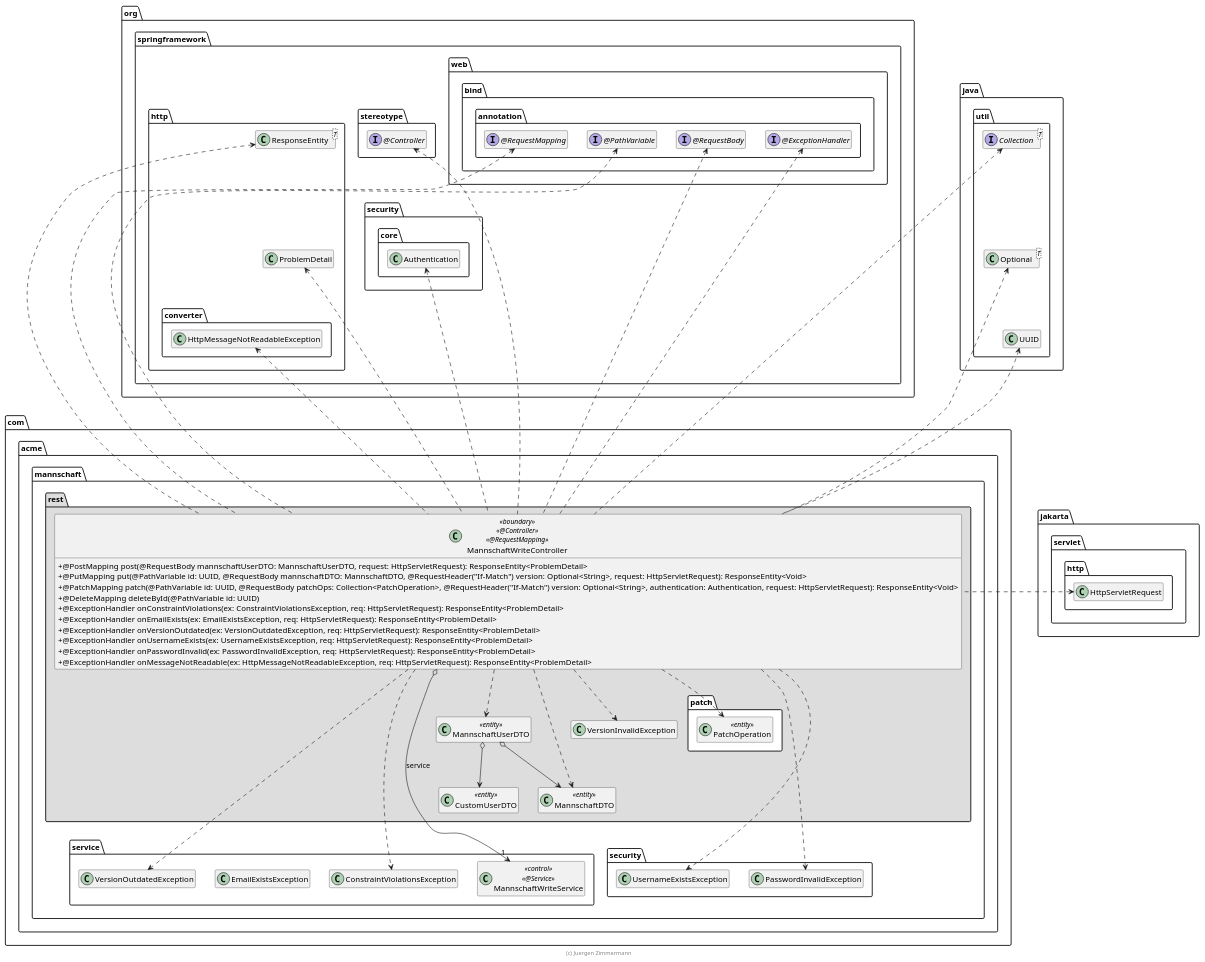
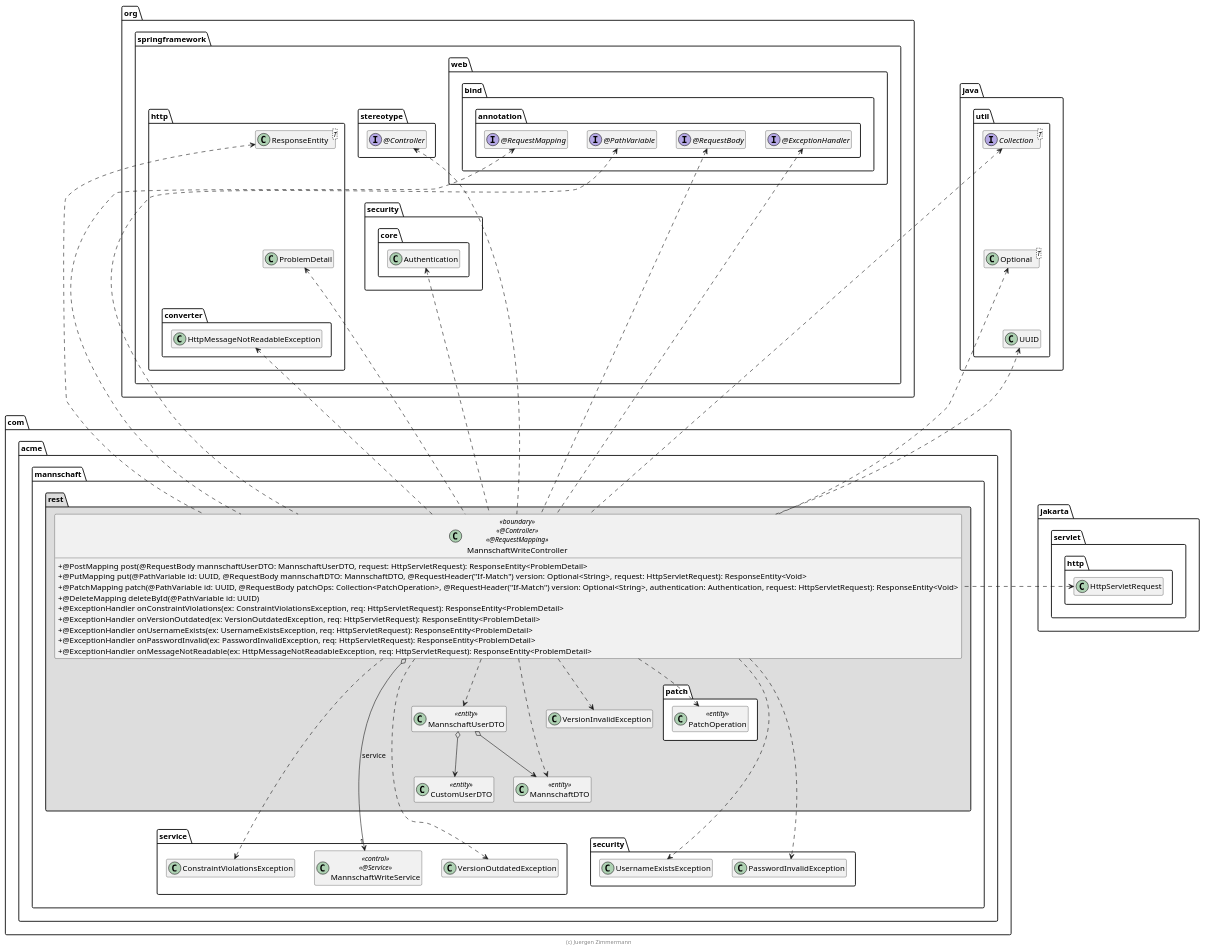
The diagram in extras/doc/MannschaftWriteController.plantuml (Snonons/mannschaftv2.1), drawn with PlantUML before and after one commit. The commit also changed other lines of this file and 51 other files, not shown here.

```diff
--- a/extras/doc/MannschaftWriteController.plantuml
+++ b/extras/doc/MannschaftWriteController.plantuml
@@ -15,129 +1,127 @@
 @startuml MannschaftHandler
 
 skinparam classAttributeIconSize 0
 
 package jakarta.servlet.http {
     class HttpServletRequest
 }
 
 package org.springframework {
     package stereotype {
         interface "@Controller" as Controller
     }
 
     package web.bind.annotation {
         interface "@RequestMapping" as RequestMapping
         interface "@PathVariable" as PathVariable
         interface "@RequestBody" as RequestBody
         interface "@ExceptionHandler" as ExceptionHandler
 
         RequestBody .left[hidden].> Controller
         ExceptionHandler .left[hidden].> Controller
     }
 
     package http {
         class ResponseEntity<T>
         class ProblemDetail
 
         package converter {
             class HttpMessageNotReadableException
         }
 
         ResponseEntity .[hidden].> ProblemDetail
         ResponseEntity .left[hidden].> Controller
         ProblemDetail .[hidden].> HttpMessageNotReadableException
     }
 
     package security.core {
         class Authentication
 
         ProblemDetail .right[hidden].> Authentication
     }
 }
 
 package java.util {
     interface Collection<T>
     class UUID
     class Optional<T>
 
     Collection .[hidden].> Optional
     Optional .[hidden].> UUID
     HttpServletRequest .up[hidden].> UUID
 }
 
 package com.acme.mannschaft {
     package service {
         class MannschaftWriteService << control >> << @Service >>
 
         class ConstraintViolationsException
-        class EmailExistsException
         class VersionOutdatedException
     }
 
     package security {
         class UsernameExistsException
         class PasswordInvalidException
     }
 
     package rest #DDDDDD {
         package patch #FFFFFF {
             class PatchOperation <<entity>>
         }
 
         class MannschaftDTO <<entity>>
         class CustomUserDTO <<entity>>
         class MannschaftUserDTO <<entity>>
         MannschaftUserDTO o--> MannschaftDTO
         MannschaftUserDTO o--> CustomUserDTO
         MannschaftDTO .[hidden].> UUID
         MannschaftDTO .[hidden].> MannschaftWriteService
 
         class VersionInvalidException
 
         class MannschaftWriteController << boundary >> << @Controller >> << @RequestMapping >> {
             + @PostMapping post(@RequestBody mannschaftUserDTO: MannschaftUserDTO, request: HttpServletRequest): ResponseEntity<ProblemDetail>
             + @PutMapping put(@PathVariable id: UUID, @RequestBody mannschaftDTO: MannschaftDTO, @RequestHeader("If-Match") version: Optional<String>, request: HttpServletRequest): ResponseEntity<Void>
             + @PatchMapping patch(@PathVariable id: UUID, @RequestBody patchOps: Collection<PatchOperation>, @RequestHeader("If-Match") version: Optional<String>, authentication: Authentication, request: HttpServletRequest): ResponseEntity<Void>
             + @DeleteMapping deleteById(@PathVariable id: UUID)
             + @ExceptionHandler onConstraintViolations(ex: ConstraintViolationsException, req: HttpServletRequest): ResponseEntity<ProblemDetail>
-            + @ExceptionHandler onEmailExists(ex: EmailExistsException, req: HttpServletRequest): ResponseEntity<ProblemDetail>
             + @ExceptionHandler onVersionOutdated(ex: VersionOutdatedException, req: HttpServletRequest): ResponseEntity<ProblemDetail>
             + @ExceptionHandler onUsernameExists(ex: UsernameExistsException, req: HttpServletRequest): ResponseEntity<ProblemDetail>
             + @ExceptionHandler onPasswordInvalid(ex: PasswordInvalidException, req: HttpServletRequest): ResponseEntity<ProblemDetail>
             + @ExceptionHandler onMessageNotReadable(ex: HttpMessageNotReadableException, req: HttpServletRequest): ResponseEntity<ProblemDetail>
         }
 
         MannschaftWriteController o-right-> "1" MannschaftWriteService : service
         MannschaftWriteController ..> MannschaftUserDTO
         MannschaftWriteController ..> MannschaftDTO
         MannschaftWriteController .up.> UUID
         MannschaftWriteController .up.> Optional
         MannschaftWriteController .up.> Collection
         MannschaftWriteController ..> ConstraintViolationsException
         MannschaftWriteController ..> VersionOutdatedException
         MannschaftWriteController ..> UsernameExistsException
         MannschaftWriteController ..> PasswordInvalidException
         MannschaftWriteController .up.> HttpMessageNotReadableException
         MannschaftWriteController ..> VersionInvalidException
         MannschaftWriteController ..> PatchOperation
 
         MannschaftWriteController .up.> HttpServletRequest
         MannschaftWriteController .up.> ResponseEntity
         MannschaftWriteController .up.> Authentication
         MannschaftWriteController .up.> ProblemDetail
 
         MannschaftWriteController .up.> Controller
         MannschaftWriteController .up.> RequestMapping
         MannschaftWriteController .up.> PathVariable
         MannschaftWriteController .up.> RequestBody
         MannschaftWriteController .up.> ExceptionHandler
 
         MannschaftDTO .[hidden].> UsernameExistsException
     }
 }
 
 hide empty members
 
 footer (c) Juergen Zimmermann
 
 @enduml
```
